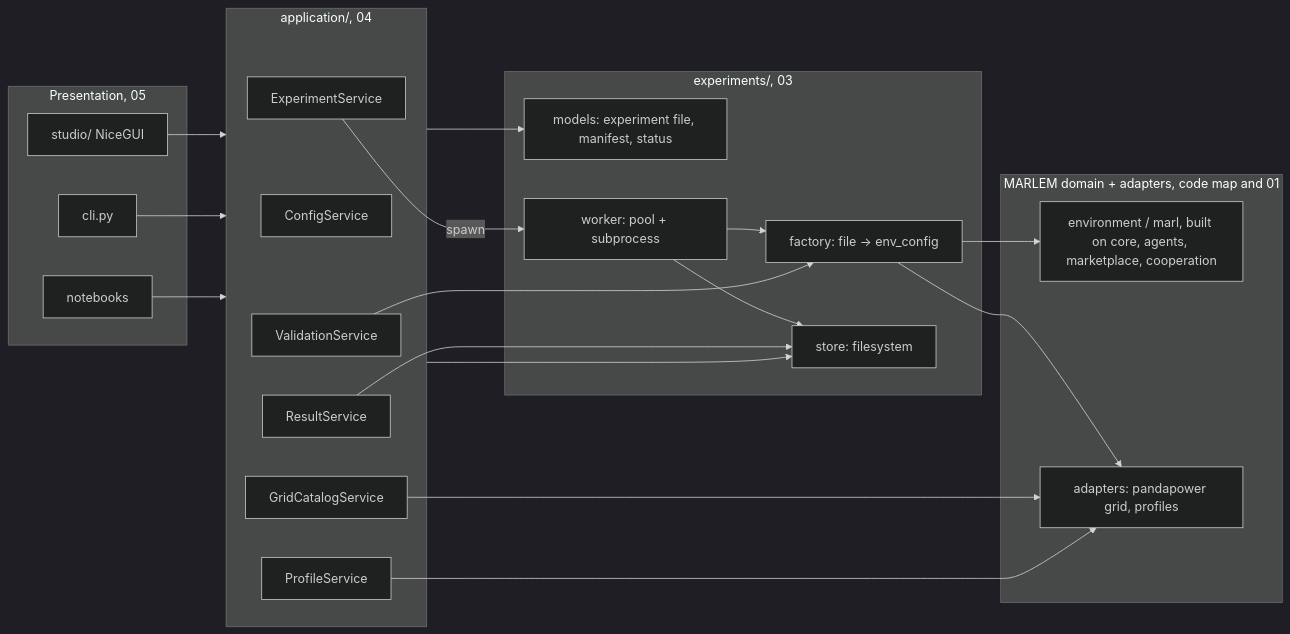
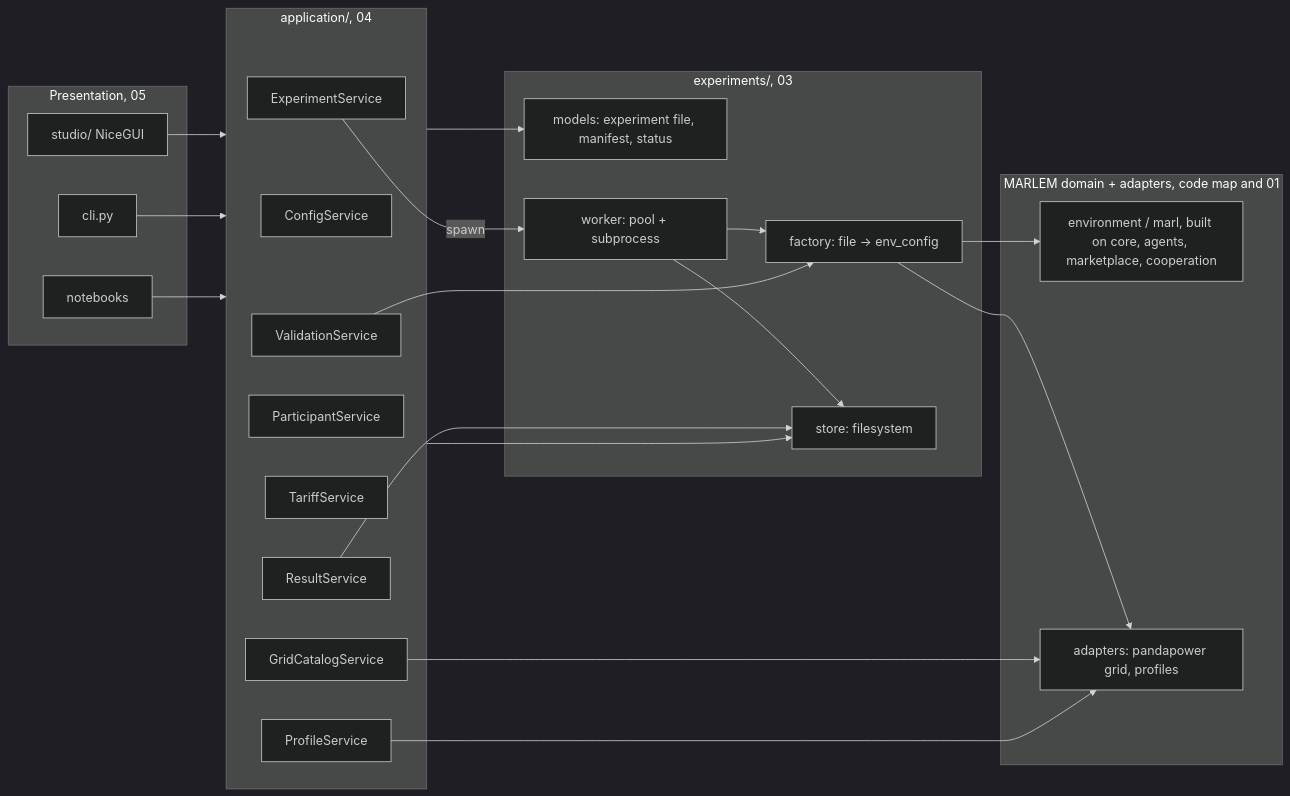
The second of 3 diagrams in docs_thesis/thesis/architecture/README.md (KevinRapo/P2P-thesis), drawn with Mermaid (dark theme) before and after one commit. The commit also changed 13 other files, not shown here.

````diff
--- a/docs_thesis/thesis/architecture/README.md
+++ b/docs_thesis/thesis/architecture/README.md
@@ -88,39 +88,41 @@
 ```mermaid
 flowchart LR
   subgraph P[Presentation, 05]
     UI[studio/ NiceGUI]
     CLI[cli.py]
     NB[notebooks]
   end
   subgraph A[application/, 04]
     CF[ConfigService]
     GC[GridCatalogService]
     PR[ProfileService]
+    PA[ParticipantService]
+    TA[TariffService]
     VA[ValidationService]
     EX[ExperimentService]
     RE[ResultService]
   end
   subgraph E[experiments/, 03]
     MOD[models: experiment file, manifest, status]
     FAC[factory: file → env_config]
     STO[store: filesystem]
     WRK[worker: pool + subprocess]
   end
   subgraph D[MARLEM domain + adapters, code map and 01]
     ENV[environment / marl, built on core, agents, marketplace, cooperation]
     ADP[adapters: pandapower grid, profiles]
   end
   UI --> A
   CLI --> A
   NB --> A
   A --> MOD
   A --> STO
   EX -->|spawn| WRK
   WRK --> FAC --> ENV
   FAC --> ADP
   GC --> ADP
   PR --> ADP
   VA --> FAC
   WRK --> STO
   RE --> STO
 ```
````
